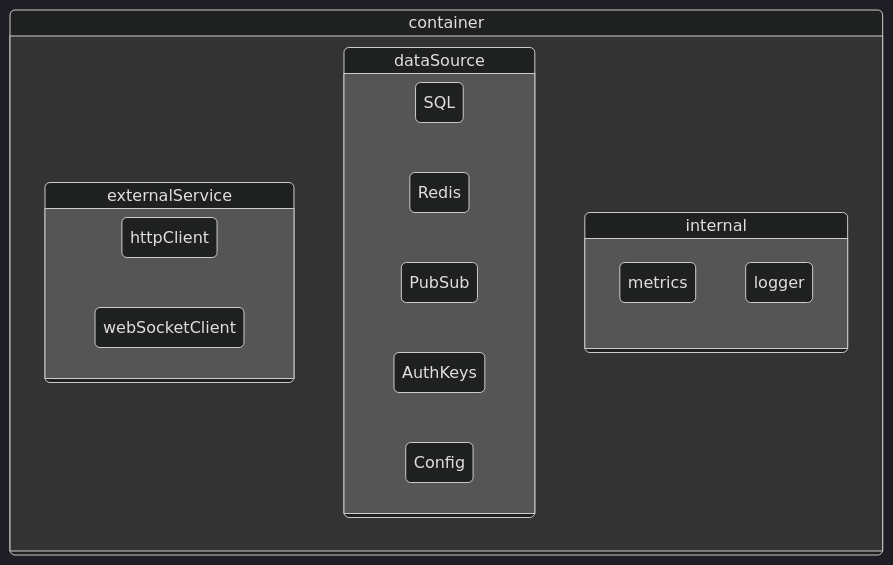
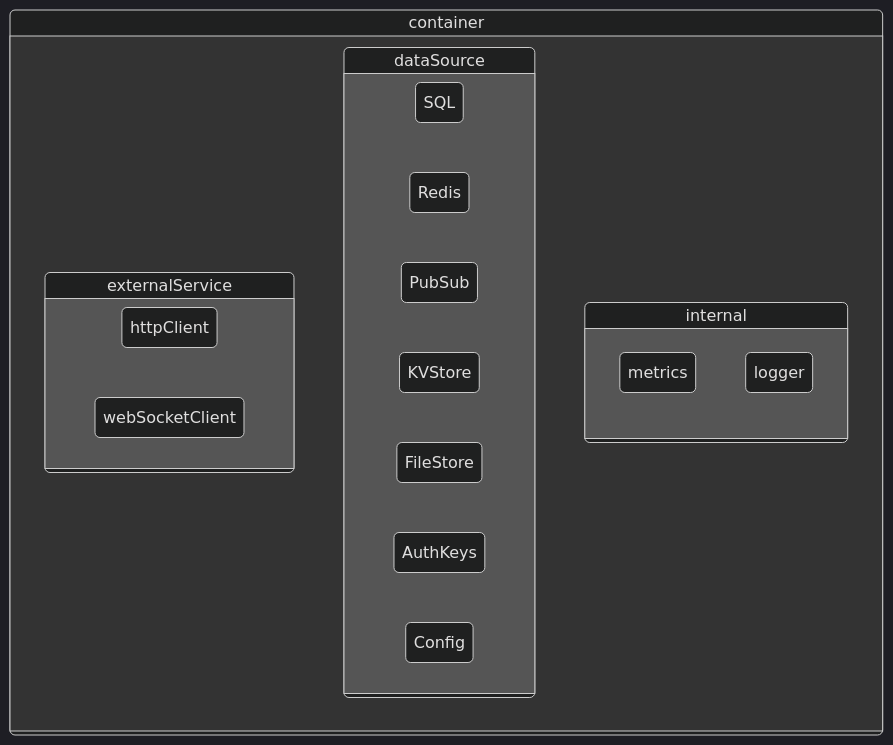
The first of 2 diagrams in docs/container.md (im-ng/zero-docs), drawn with Mermaid (dark theme) before and after one commit. The commit also changed other lines of this file and 99 other files, not shown here.

````diff
--- a/docs/container.md
+++ b/docs/container.md
@@ -19,26 +7,28 @@
 ```mermaid
 stateDiagram-v2
     direction LR
     state container {
         direction TB
         state externalService {
             direction LR
             httpClient
             webSocketClient
         }
 
         state dataSource {
             direction LR
             SQL
             Redis
             PubSub
+            KVStore
+            FileStore
             AuthKeys
             Config
         }
 
         state internal {
             metrics
             logger
         }
     }
 ```
````
